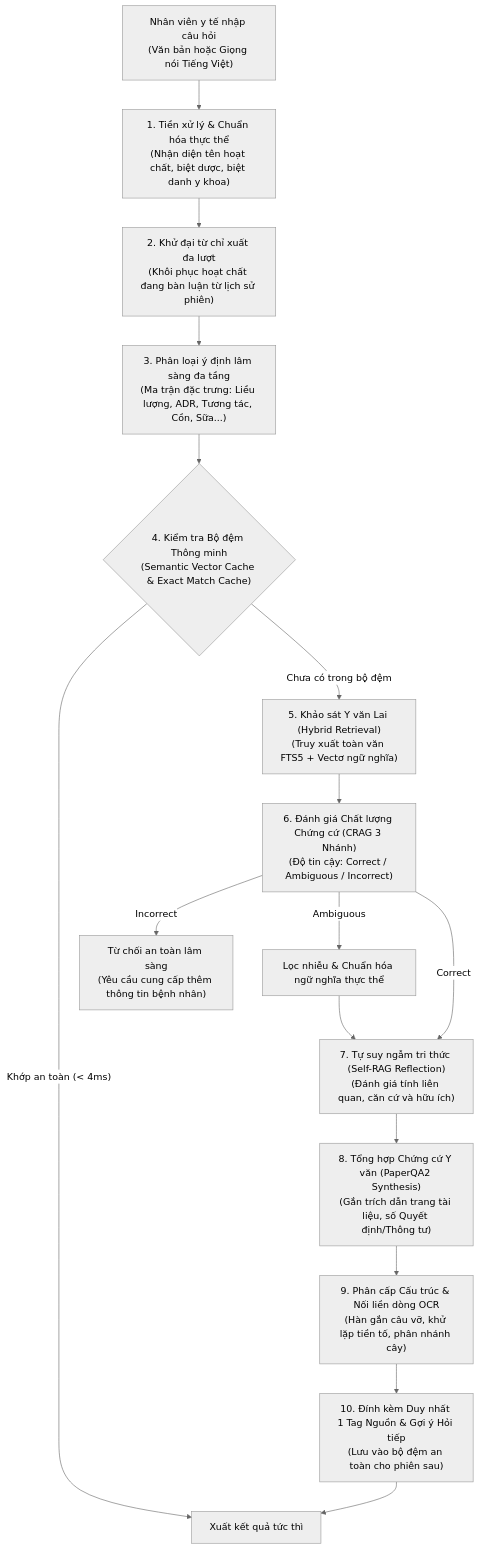
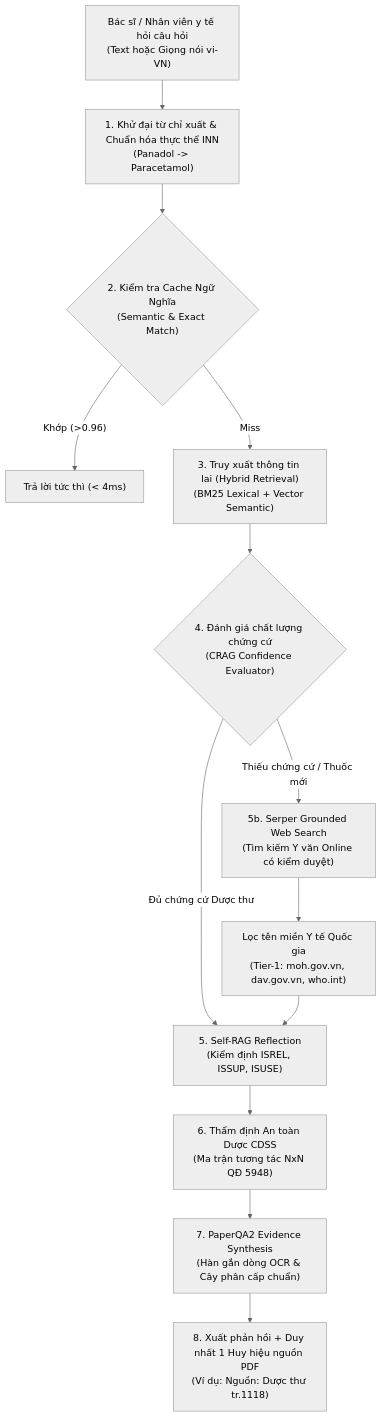
Before and after one commit to TontonYuta/clinical-ward: the second of 3 diagrams in README.md, drawn with Mermaid (neutral theme). The commit also changed other lines of this file and 4 other files, not shown here.

Commit message:
docs: revamp README to focus on Clinical AI Copilot and Multimodal Vision OCR with visual diagrams and screenshots

````diff
--- a/README.md
+++ b/README.md
@@ -100,21 +71,20 @@
 ```mermaid
 flowchart TD
-    A["Nhân viên y tế nhập câu hỏi\n(Văn bản hoặc Giọng nói Tiếng Việt)"] --> B["1. Tiền xử lý & Chuẩn hóa thực thể\n(Nhận diện tên hoạt chất, biệt dược, biệt danh y khoa)"]
-    B --> C["2. Khử đại từ chỉ xuất đa lượt\n(Khôi phục hoạt chất đang bàn luận từ lịch sử phiên)"]
-    C --> D["3. Phân loại ý định lâm sàng đa tầng\n(Ma trận đặc trưng: Liều lượng, ADR, Tương tác, Cồn, Sữa...)"]
-    D --> E{"4. Kiểm tra Bộ đệm Thông minh\n(Semantic Vector Cache & Exact Match Cache)"}
+    UserQ["Bác sĩ / Nhân viên y tế hỏi câu hỏi\n(Text hoặc Giọng nói vi-VN)"] --> PreProcess["1. Khử đại từ chỉ xuất & Chuẩn hóa thực thể INN\n(Panadol -> Paracetamol)"]
+    PreProcess --> CacheCheck{"2. Kiểm tra Cache Ngữ Nghĩa\n(Semantic & Exact Match)"}
     
-    E -- "Khớp an toàn (< 4ms)" --> Z["Xuất kết quả tức thì"]
-    E -- "Chưa có trong bộ đệm" --> F["5. Khảo sát Y văn Lai (Hybrid Retrieval)\n(Truy xuất toàn văn FTS5 + Vectơ ngữ nghĩa)"]
+    CacheCheck -- "Khớp (>0.96)" --> InstantResp["Trả lời tức thì (< 4ms)"]
+    CacheCheck -- "Miss" --> HybridRetrieve["3. Truy xuất thông tin lai (Hybrid Retrieval)\n(BM25 Lexical + Vector Semantic)"]
     
-    F --> G["6. Đánh giá Chất lượng Chứng cứ (CRAG 3 Nhánh)\n(Độ tin cậy: Correct / Ambiguous / Incorrect)"]
-    G -- "Incorrect" --> H["Từ chối an toàn lâm sàng\n(Yêu cầu cung cấp thêm thông tin bệnh nhân)"]
-    G -- "Ambiguous" --> I["Lọc nhiễu & Chuẩn hóa ngữ nghĩa thực thể"]
-    G -- "Correct" --> J["7. Tự suy ngẫm tri thức (Self-RAG Reflection)\n(Đánh giá tính liên quan, căn cứ và hữu ích)"]
+    HybridRetrieve --> CRAGDecision{"4. Đánh giá chất lượng chứng cứ\n(CRAG Confidence Evaluator)"}
     
-    I --> J
-    J --> K["8. Tổng hợp Chứng cứ Y văn (PaperQA2 Synthesis)\n(Gắn trích dẫn trang tài liệu, số Quyết định/Thông tư)"]
-    K --> L["9. Phân cấp Cấu trúc & Nối liền dòng OCR\n(Hàn gắn câu vỡ, khử lặp tiền tố, phân nhánh cây)"]
-    L --> M["10. Đính kèm Duy nhất 1 Tag Nguồn & Gợi ý Hỏi tiếp\n(Lưu vào bộ đệm an toàn cho phiên sau)"]
-    M --> Z
+    CRAGDecision -- "Đủ chứng cứ Dược thư" --> SelfRAG["5. Self-RAG Reflection\n(Kiểm định ISREL, ISSUP, ISUSE)"]
+    CRAGDecision -- "Thiếu chứng cứ / Thuốc mới" --> SerperEngine["5b. Serper Grounded Web Search\n(Tìm kiếm Y văn Online có kiểm duyệt)"]
+    
+    SerperEngine --> DomainFilter["Lọc tên miền Y tế Quốc gia\n(Tier-1: moh.gov.vn, dav.gov.vn, who.int)"]
+    DomainFilter --> SelfRAG
+    
+    SelfRAG --> CDSSCheck["6. Thẩm định An toàn Dược CDSS\n(Ma trận tương tác NxN QĐ 5948)"]
+    CDSSCheck --> PaperQASynth["7. PaperQA2 Evidence Synthesis\n(Hàn gắn dòng OCR & Cây phân cấp chuẩn)"]
+    PaperQASynth --> FinalAnswer["8. Xuất phản hồi + Duy nhất 1 Huy hiệu nguồn PDF\n(Ví dụ: Nguồn: Dược thư tr.1118)"]
 ```
````
